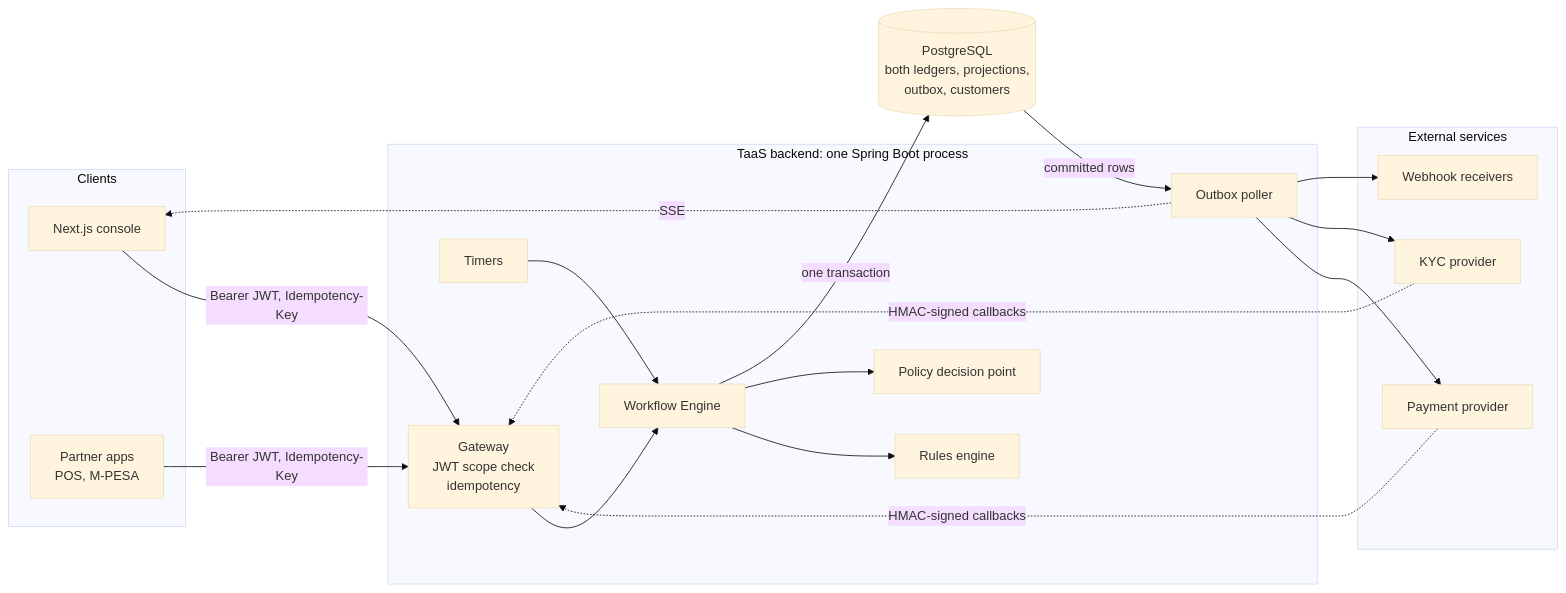
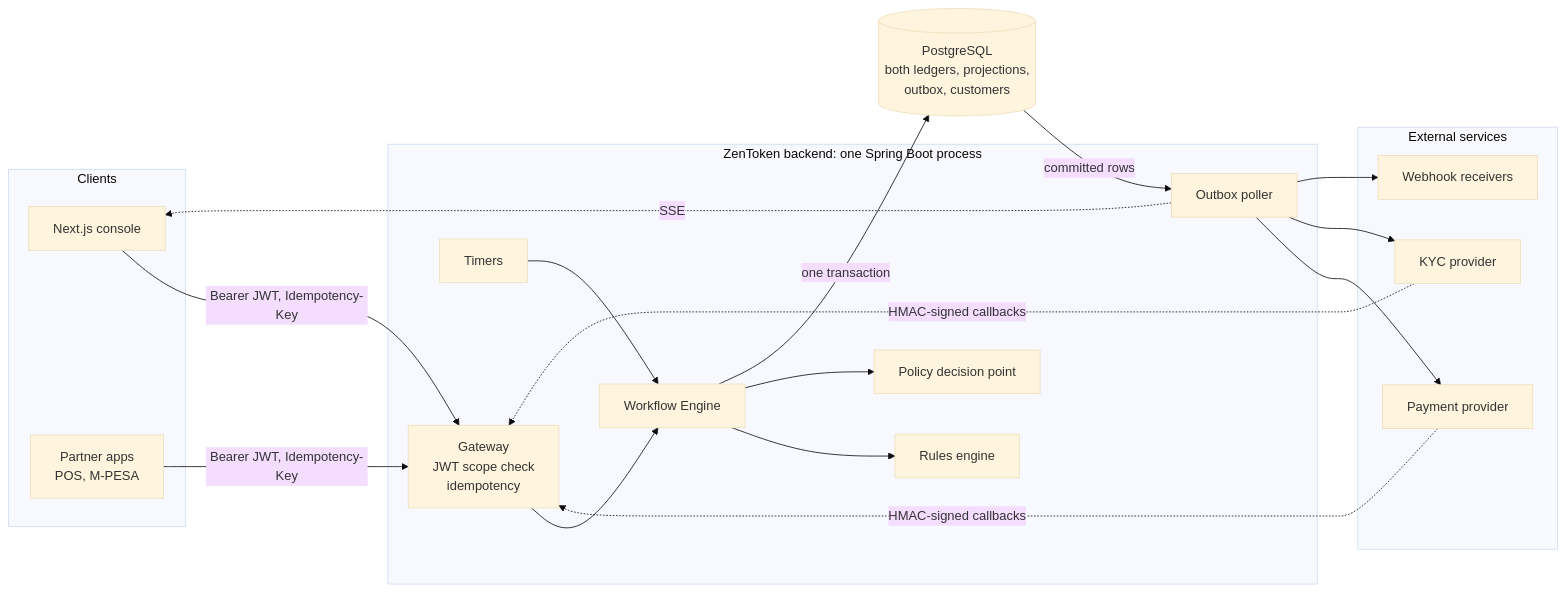
One commit to Oughty-Otieno/taas changed the first of 2 diagrams in docs/02-architecture.md. Above: the diagram before and after it, drawn with Mermaid (base theme). The commit also changed 38 other files, not shown here.

First line of the commit message:
Rename the app to ZenToken; pay redemptions out to M-PESA

````diff
--- a/docs/02-architecture.md
+++ b/docs/02-architecture.md
@@ -5,30 +5,30 @@
 ```mermaid
 flowchart LR
     subgraph Clients
         CON[Next.js console]
         PAR[Partner apps<br/>POS, M-PESA]
     end
-    subgraph TaaS["TaaS backend: one Spring Boot process"]
+    subgraph ZenToken["ZenToken backend: one Spring Boot process"]
         GW[Gateway<br/>JWT scope check<br/>idempotency]
         ENG[Workflow Engine]
         RE[Rules engine]
         PDP[Policy decision point]
         TM[Timers]
         OB[Outbox poller]
     end
     DB[(PostgreSQL<br/>both ledgers, projections,<br/>outbox, customers)]
     subgraph External["External services"]
         PSP[Payment provider]
         KYC[KYC provider]
         HOOK[Webhook receivers]
     end
     CON & PAR -->|Bearer JWT, Idempotency-Key| GW
     GW --> ENG
     ENG --> RE & PDP
     TM --> ENG
     ENG -->|one transaction| DB
     DB -->|committed rows| OB
     OB --> PSP & KYC & HOOK
     OB -.->|SSE| CON
     PSP & KYC -.->|HMAC-signed callbacks| GW
 ```
````
